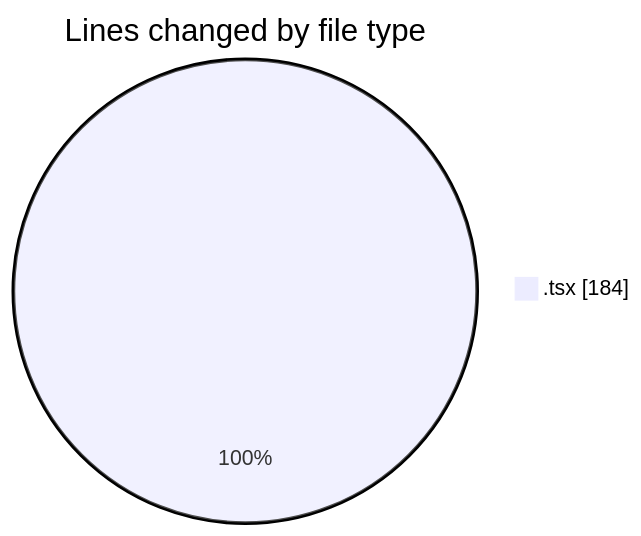
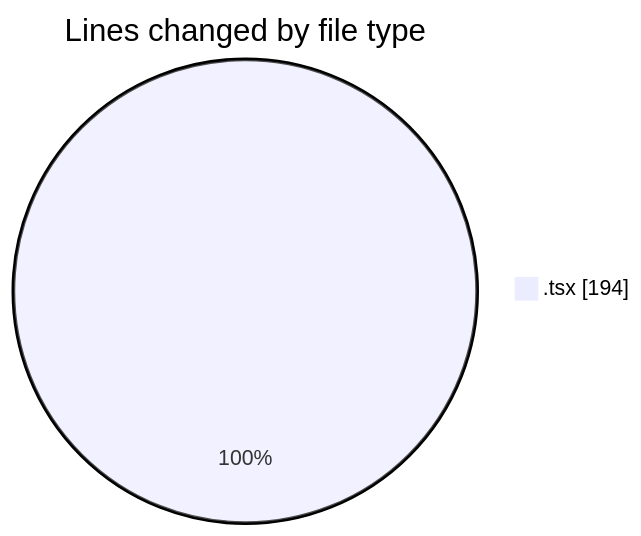
One commit to nxtqubesakshisongat/code-tracking changed the first of 2 diagrams in 2026-04-19/airfeed-analytics-dashboard/README.md. Above: the diagram before and after it, drawn with Mermaid. The commit also changed other lines of this file and 1 other file, not shown here.

````diff
--- a/2026-04-19/airfeed-analytics-dashboard/README.md
+++ b/2026-04-19/airfeed-analytics-dashboard/README.md
@@ -20,5 +20,5 @@
 ```mermaid
 pie showData
 title Lines changed by file type
-".tsx" : 184
+".tsx" : 194
 ```
````
